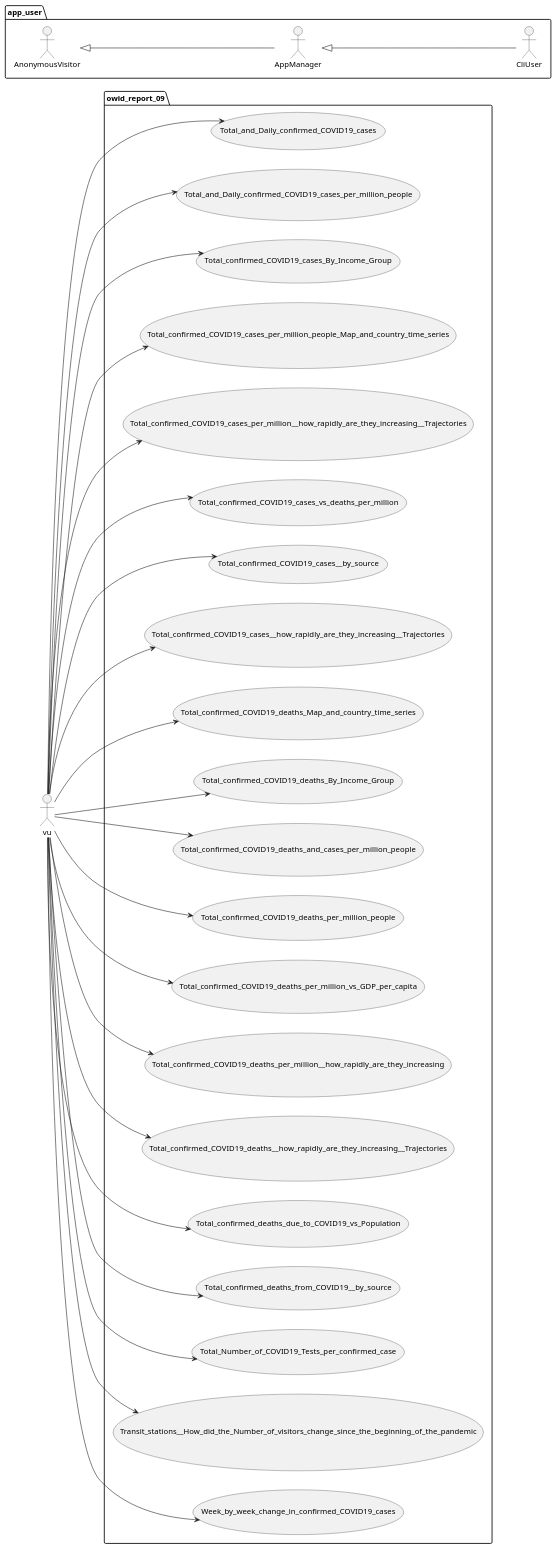
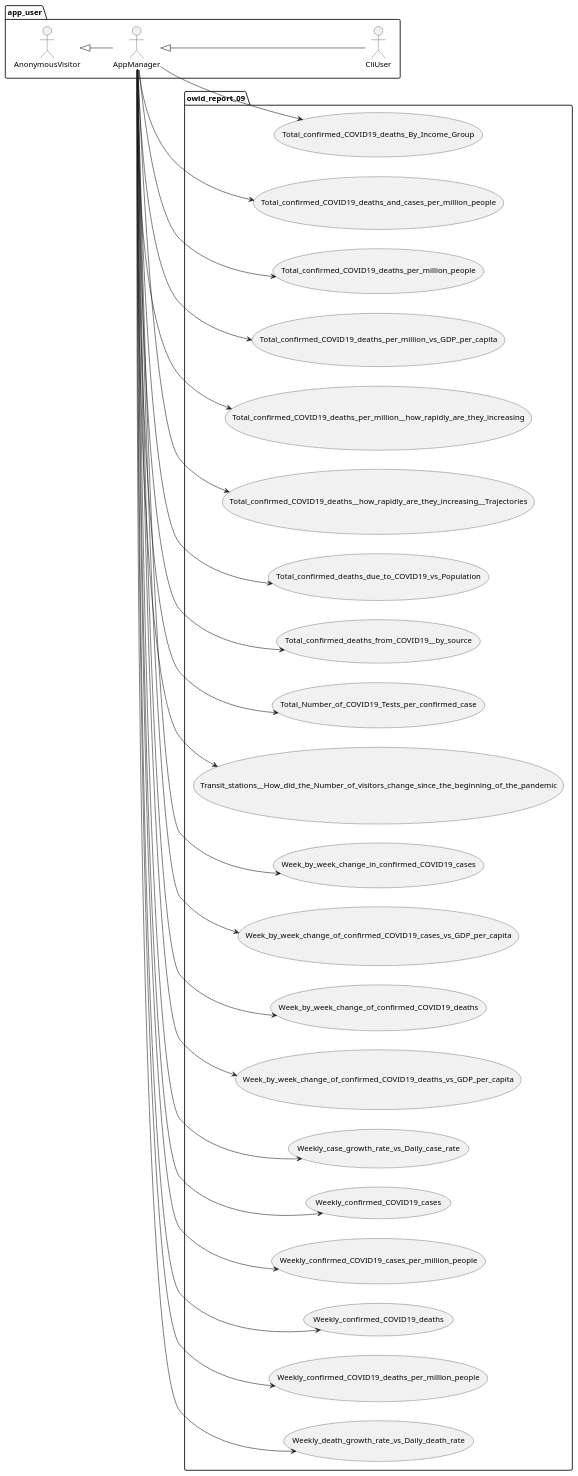
The diagram in docs/uml/data_owid__use_cases__visual_data/owid_use_cases_visual_data_09.puml (thomaswoehlke/flask_covid19), drawn with PlantUML before and after one commit. The commit also changed 3 other files, not shown here.

```diff
--- a/docs/uml/data_owid__use_cases__visual_data/owid_use_cases_visual_data_09.puml
+++ b/docs/uml/data_owid__use_cases__visual_data/owid_use_cases_visual_data_09.puml
@@ -1,55 +1,55 @@
 @startuml
 left to right direction
 
 package app_user {
 	actor AnonymousVisitor as av
 	actor AppManager as am
 	actor CliUser as cu
 
 	av <|-- am
 	am <|-- cu
 }
 
 package owid_report_09 {
-    usecase Total_and_Daily_confirmed_COVID19_cases as UC321
-    usecase Total_and_Daily_confirmed_COVID19_cases_per_million_people as UC322
-    usecase Total_confirmed_COVID19_cases_By_Income_Group as UC323
-    usecase Total_confirmed_COVID19_cases_per_million_people_Map_and_country_time_series as UC324
-    usecase Total_confirmed_COVID19_cases_per_million__how_rapidly_are_they_increasing__Trajectories as UC325
-    usecase Total_confirmed_COVID19_cases_vs_deaths_per_million as UC326
-    usecase Total_confirmed_COVID19_cases__by_source as UC327
-    usecase Total_confirmed_COVID19_cases__how_rapidly_are_they_increasing__Trajectories as UC328
-    usecase Total_confirmed_COVID19_deaths_Map_and_country_time_series as UC329
     usecase Total_confirmed_COVID19_deaths_By_Income_Group as UC330
     usecase Total_confirmed_COVID19_deaths_and_cases_per_million_people as UC331
     usecase Total_confirmed_COVID19_deaths_per_million_people as UC332
     usecase Total_confirmed_COVID19_deaths_per_million_vs_GDP_per_capita as UC333
     usecase Total_confirmed_COVID19_deaths_per_million__how_rapidly_are_they_increasing as UC334
     usecase Total_confirmed_COVID19_deaths__how_rapidly_are_they_increasing__Trajectories as UC335
     usecase Total_confirmed_deaths_due_to_COVID19_vs_Population as UC336
     usecase Total_confirmed_deaths_from_COVID19__by_source as UC337
     usecase Total_Number_of_COVID19_Tests_per_confirmed_case as UC338
     usecase Transit_stations__How_did_the_Number_of_visitors_change_since_the_beginning_of_the_pandemic as UC339
     usecase Week_by_week_change_in_confirmed_COVID19_cases as UC340
+    usecase Week_by_week_change_of_confirmed_COVID19_cases_vs_GDP_per_capita as UC341
+    usecase Week_by_week_change_of_confirmed_COVID19_deaths as UC342
+    usecase Week_by_week_change_of_confirmed_COVID19_deaths_vs_GDP_per_capita as UC343
+    usecase Weekly_case_growth_rate_vs_Daily_case_rate as UC344
+    usecase Weekly_confirmed_COVID19_cases as UC345
+    usecase Weekly_confirmed_COVID19_cases_per_million_people as UC346
+    usecase Weekly_confirmed_COVID19_deaths as UC347
+    usecase Weekly_confirmed_COVID19_deaths_per_million_people as UC348
+    usecase Weekly_death_growth_rate_vs_Daily_death_rate as UC349
 }
-vu --> UC321
-vu --> UC322
-vu --> UC323
-vu --> UC324
-vu --> UC325
-vu --> UC326
-vu --> UC327
-vu --> UC328
-vu --> UC329
-vu --> UC330
-vu --> UC331
-vu --> UC332
-vu --> UC333
-vu --> UC334
-vu --> UC335
-vu --> UC336
-vu --> UC337
-vu --> UC338
-vu --> UC339
-vu --> UC340
+am --> UC330
+am --> UC331
+am --> UC332
+am --> UC333
+am --> UC334
+am --> UC335
+am --> UC336
+am --> UC337
+am --> UC338
+am --> UC339
+am --> UC340
+am --> UC341
+am --> UC342
+am --> UC343
+am --> UC344
+am --> UC345
+am --> UC346
+am --> UC347
+am --> UC348
+am --> UC349
 @enduml
```
